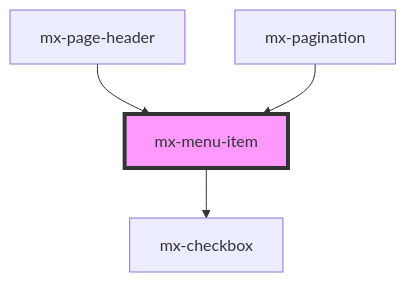
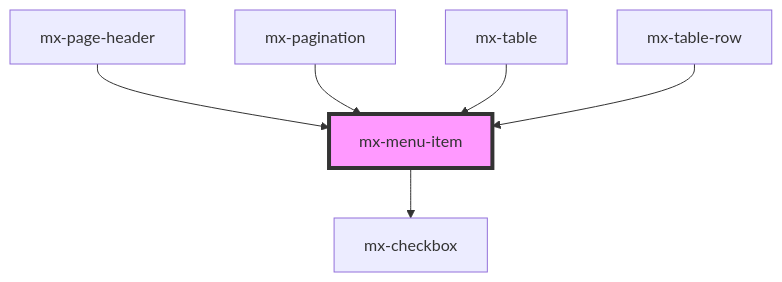
One commit to kevinleedrum/mds changed the diagram in src/components/mx-menu-item/readme.md. Above: the diagram before and after it, drawn with Mermaid. The commit also changed other lines of this file and 448 other files, not shown here.

````diff
--- a/src/components/mx-menu-item/readme.md
+++ b/src/components/mx-menu-item/readme.md
@@ -61,7 +63,9 @@
 ```mermaid
 graph TD;
   mx-menu-item --> mx-checkbox
   mx-page-header --> mx-menu-item
   mx-pagination --> mx-menu-item
+  mx-table --> mx-menu-item
+  mx-table-row --> mx-menu-item
   style mx-menu-item fill:#f9f,stroke:#333,stroke-width:4px
 ```
````
